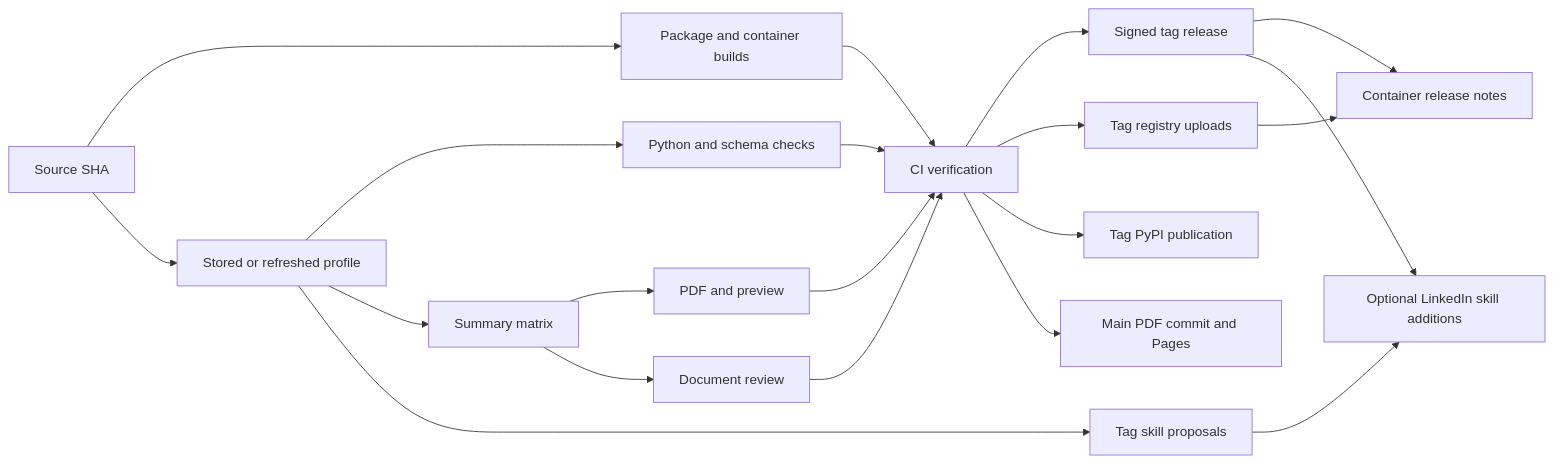
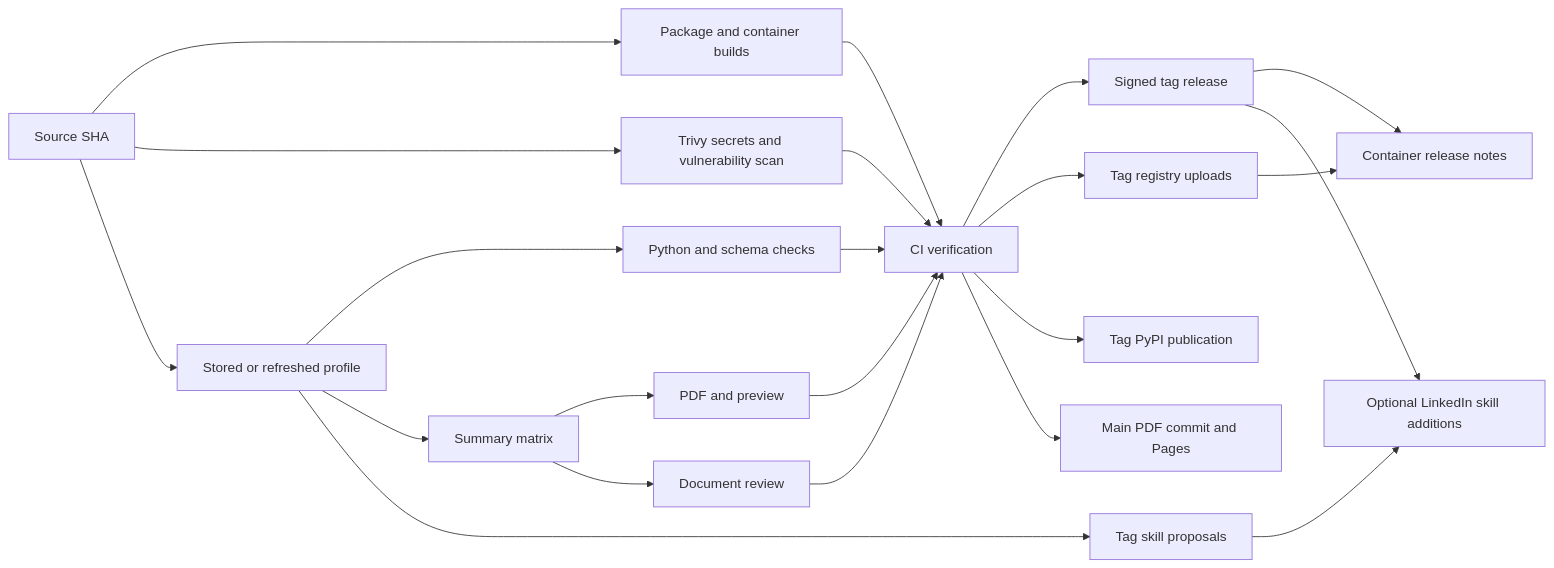
One commit to astrivant/resume changed the diagram in docs/automation.md. Above: the diagram before and after it, drawn with Mermaid. The commit also changed other lines of this file and 13 other files, not shown here.

````diff
--- a/docs/automation.md
+++ b/docs/automation.md
@@ -60,22 +60,24 @@
 ```mermaid
 flowchart LR
     source[Source SHA] --> builds[Package and container builds]
+    source --> trivy[Trivy secrets and vulnerability scan]
     source --> profile[Stored or refreshed profile]
     profile --> tests[Python and schema checks]
     profile --> summaries[Summary matrix]
     profile --> skills[Tag skill proposals]
     summaries --> pdf[PDF and preview]
     summaries --> review[Document review]
     builds --> gate[CI verification]
+    trivy --> gate
     tests --> gate
     pdf --> gate
     review --> gate
     gate --> release[Signed tag release]
     gate --> registries[Tag registry uploads]
     gate --> pypi[Tag PyPI publication]
     gate --> main[Main PDF commit and Pages]
     release --> notes[Container release notes]
     registries --> notes
     release --> publishskills[Optional LinkedIn skill additions]
     skills --> publishskills
 ```
````
